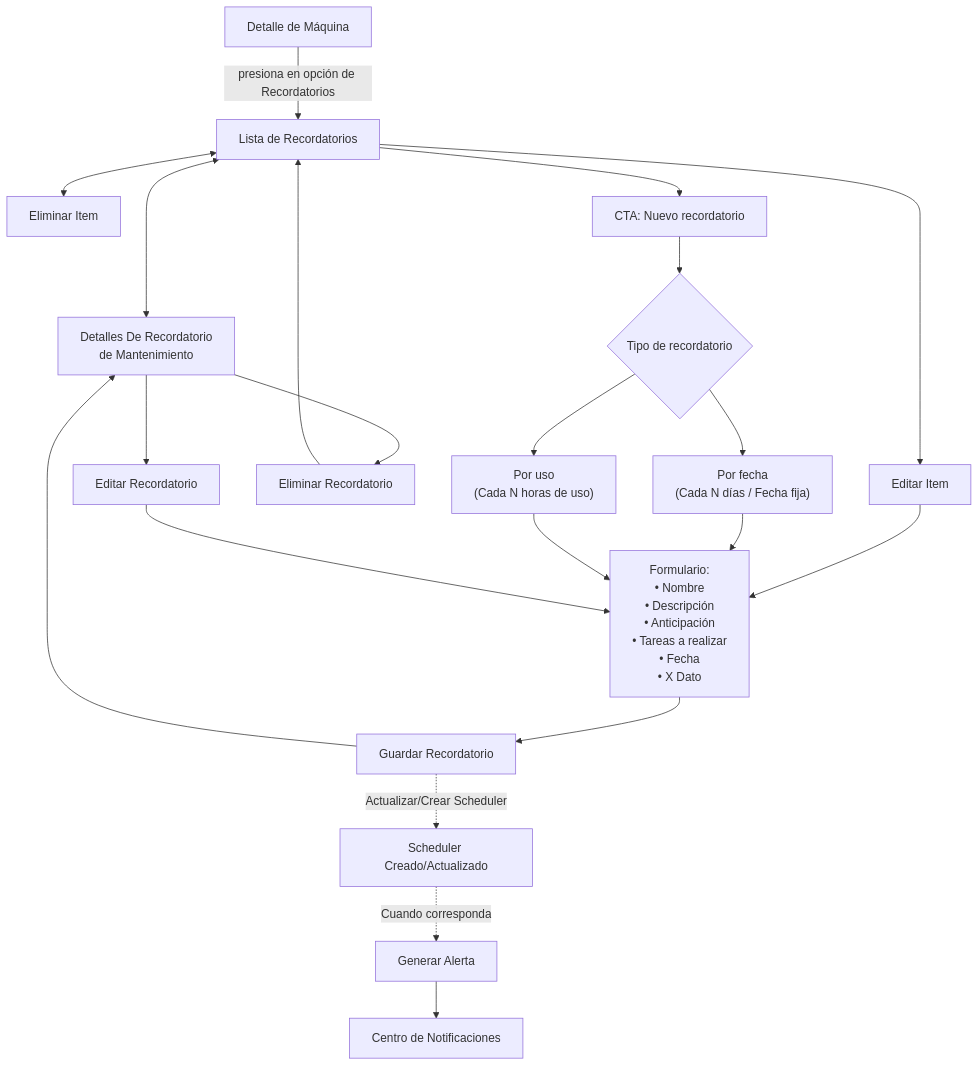
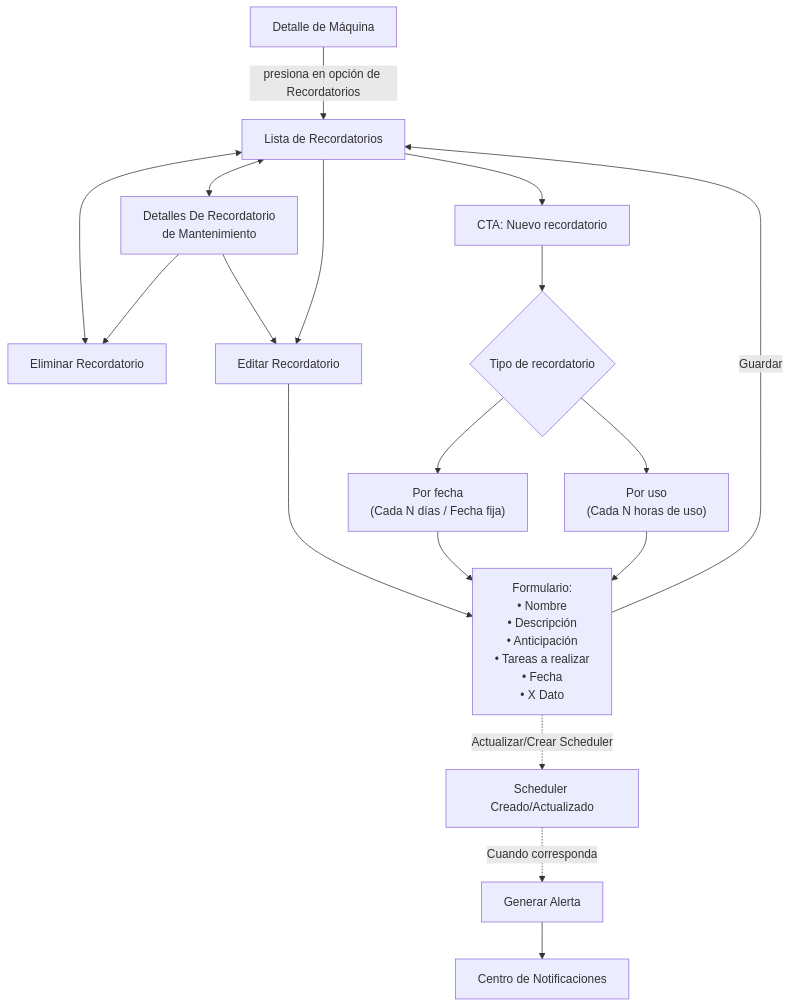
Before and after one commit to MarkMed/FleetMan: the fifth of 9 diagrams in docs/userJourney.md, drawn with Mermaid. The commit also changed other lines of this file, not shown here.

Commit message:
Refactor reminders and spare parts management flows: streamline editing, deletion, and creation processes

````diff
--- a/docs/userJourney.md
+++ b/docs/userJourney.md
@@ -155,38 +155,26 @@
 ```mermaid
 flowchart TD
     DETAIL[Detalle de Máquina] -->|presiona en opción de Recordatorios| LIST_REM[Lista de Recordatorios]
     
-    %% Flujos desde la Lista
+    FORM_REM -->|Guardar| LIST_REM
+    
+    LIST_REM <--> DELETE_REM[Eliminar Recordatorio]
     LIST_REM <--> REM_DETAIL_VIEW[Detalles De Recordatorio<br/>de Mantenimiento]
-    LIST_REM <--> DELETE_QA[Eliminar Item]
-    LIST_REM --> EDIT_QA[Editar Item]
-    EDIT_QA --> FORM_REM
-
-    %% Flujos desde Detalles
     REM_DETAIL_VIEW --> EDIT_REM[Editar Recordatorio]
-    REM_DETAIL_VIEW --> DELETE_REM[Eliminar Recordatorio]
-
+    LIST_REM --> EDIT_REM
+    EDIT_REM --> FORM_REM
+    REM_DETAIL_VIEW --> DELETE_REM
+    
     LIST_REM --> CREATE_REM[CTA: Nuevo recordatorio]
     CREATE_REM --> TYPE{Tipo de recordatorio}
     TYPE --> DATE_TYPE[Por fecha<br/>#40;Cada N días / Fecha fija#41;]
     TYPE --> USAGE_TYPE[Por uso<br/>#40;Cada N horas de uso#41;]
     
     DATE_TYPE --> FORM_REM["Formulario:<br/>• Nombre<br/>• Descripción<br/>• Anticipación<br/>• Tareas a realizar<br/>• Fecha<br/>• X Dato"]
     USAGE_TYPE --> FORM_REM
     
-    FORM_REM --> SAVE_REM[Guardar Recordatorio]
-    SAVE_REM --> REM_DETAIL_VIEW
-    
-    
-    
-    %% Ediciones
-    EDIT_REM --> FORM_REM
-    
-    %% Eliminaciones
-    DELETE_REM --> LIST_REM
-    
     %% Automatización del Scheduler
-    SAVE_REM -. Actualizar/Crear Scheduler .-> SCHEDULER_UPDATE[Scheduler Creado/Actualizado]
+    FORM_REM -. Actualizar/Crear Scheduler .-> SCHEDULER_UPDATE[Scheduler Creado/Actualizado]
     SCHEDULER_UPDATE -. Cuando corresponda .-> ALERT[Generar Alerta]
     ALERT --> NOTIFICATION[Centro de Notificaciones]
 ```
````
